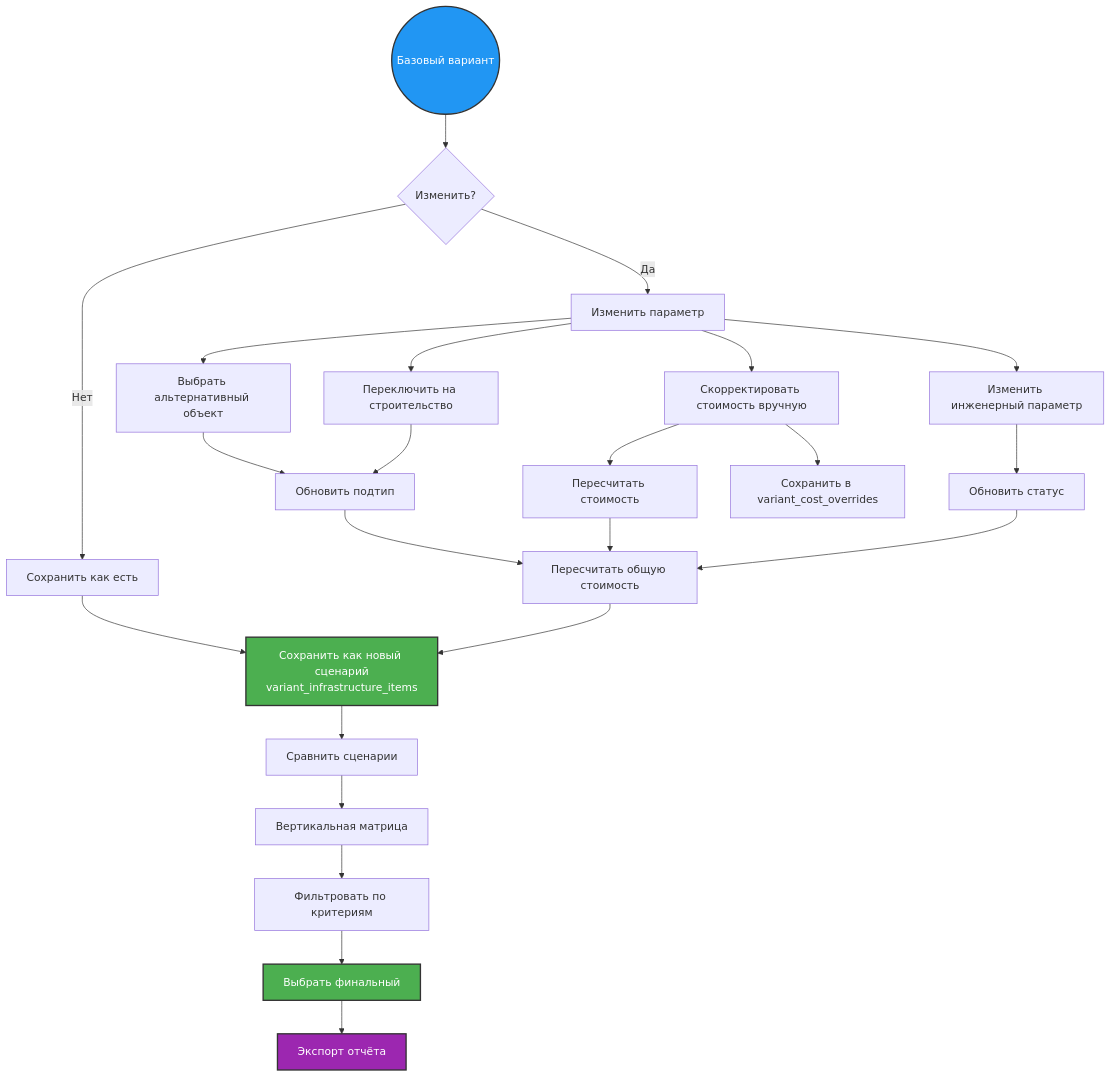
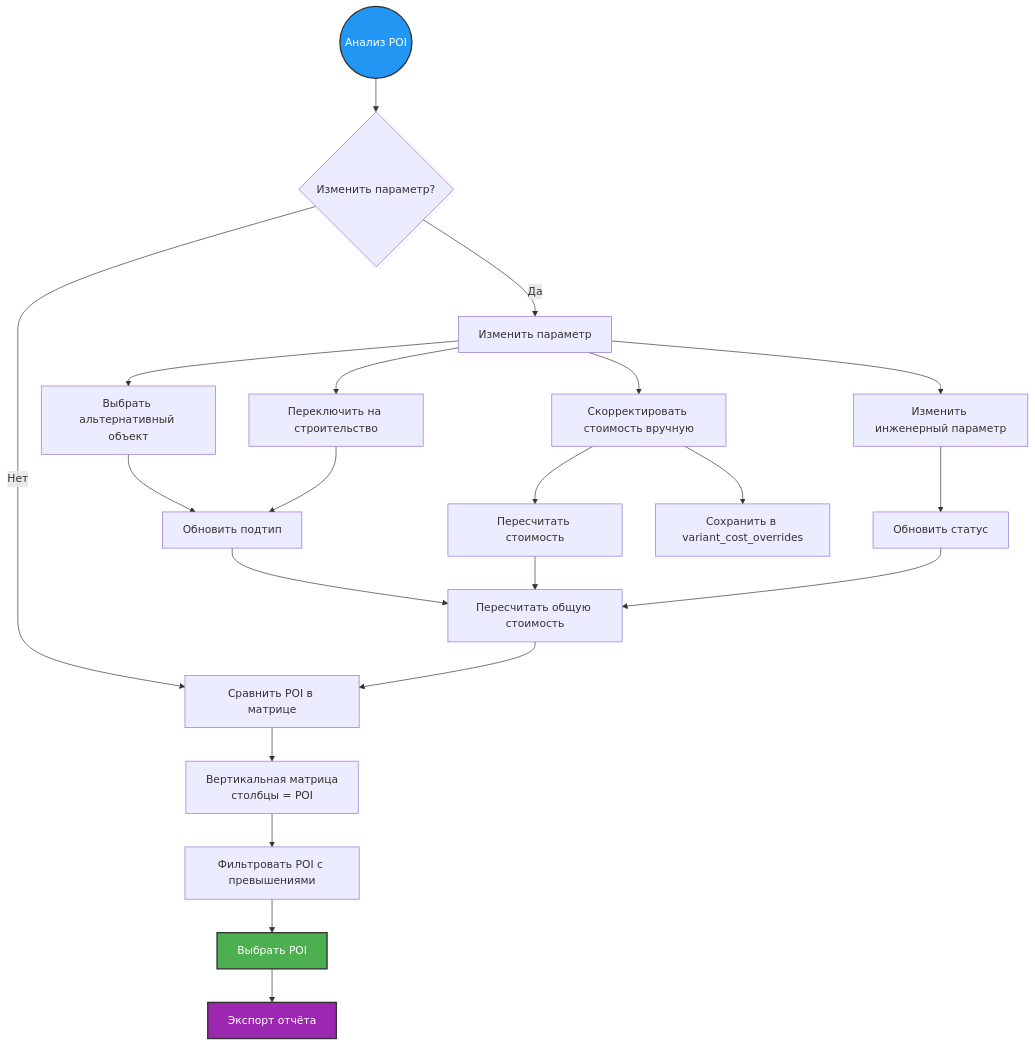
Before and after one commit to Mekcuka/Scaning: the seventh of 12 diagrams in docs/calculation-logic-flow.md, drawn with Mermaid. The commit also changed other lines of this file and 121 other files, not shown here.

````diff
--- a/docs/calculation-logic-flow.md
+++ b/docs/calculation-logic-flow.md
@@ -289,50 +255,45 @@
 ```mermaid
 graph TD
-    Start((Базовый вариант)) --> Decision{Изменить?}
+    Start((Анализ POI)) --> Decision{Изменить параметр?}
     Decision -->|Да| Change[Изменить параметр]
-    Decision -->|Нет| Save[Сохранить как есть]
+    Decision -->|Нет| Compare[Сравнить POI в матрице]
 
     Ch1[Выбрать альтернативный объект]
     Ch2[Переключить на строительство]
     Ch3[Скорректировать стоимость вручную]
     Ch4[Изменить инженерный параметр]
 
     Change --> Ch1
     Change --> Ch2
     Change --> Ch3
     Change --> Ch4
 
     Rec1[Обновить подтип]
     Rec2[Пересчитать стоимость]
     Rec3[Обновить статус]
     Rec4[Пересчитать общую стоимость]
     Rec5[Сохранить в variant_cost_overrides]
 
     Ch1 --> Rec1
     Ch2 --> Rec1
     Ch3 --> Rec2
     Ch4 --> Rec3
     Ch3 --> Rec5
     Rec1 --> Rec4
     Rec2 --> Rec4
     Rec3 --> Rec4
 
-    SaveAs[Сохранить как новый сценарий<br>variant_infrastructure_items]
-
-    Save --> SaveAs
-    Rec4 --> SaveAs
-
-    SaveAs --> Compare[Сравнить сценарии]
-    Compare --> Matrix[Вертикальная матрица]
-    Matrix --> Filter[Фильтровать по критериям]
-    Filter --> Select[Выбрать финальный]
+    Rec4 --> Compare
+    Compare --> Matrix[Вертикальная матрица<br>столбцы = POI]
+    Matrix --> Filter[Фильтровать POI с превышениями]
+    Filter --> Select[Выбрать POI]
     Select --> Export[Экспорт отчёта]
 
     classDef blue fill:#2196F3,stroke:#333,stroke-width:2px,color:#fff
     classDef green fill:#4CAF50,stroke:#333,stroke-width:2px,color:#fff
     classDef purple fill:#9C27B0,stroke:#333,stroke-width:2px,color:#fff
 
     class Start blue
     class Export purple
-    class SaveAs,Select green
+    class Select green
 ```
````
